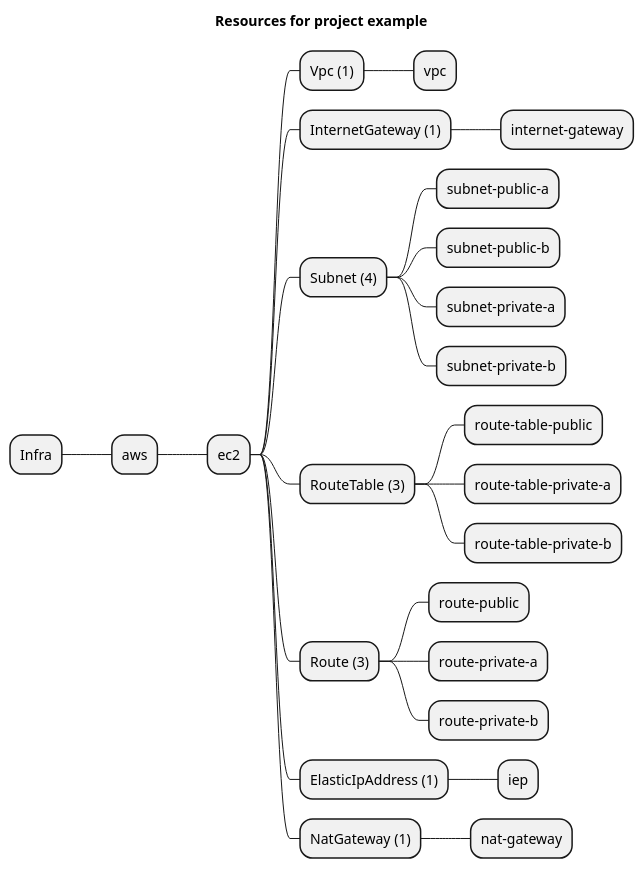
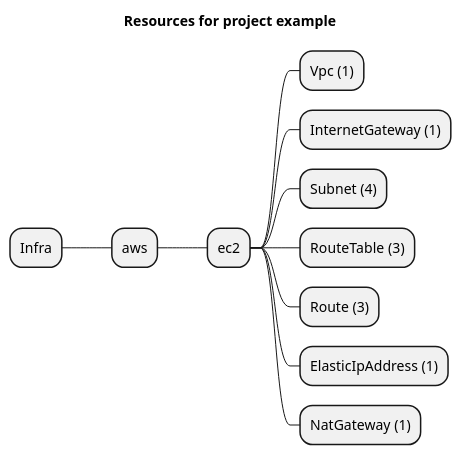
The diagram in packages/modules/aws/vpc/example/artifacts/resources-mindmap.puml (grucloud/grucloud), drawn with PlantUML before and after one commit. The commit also changed 33 other files, not shown here.

```diff
--- a/packages/modules/aws/vpc/example/artifacts/resources-mindmap.puml
+++ b/packages/modules/aws/vpc/example/artifacts/resources-mindmap.puml
@@ -1,28 +1,14 @@
 @startmindmap
 title Resources for project example
 skinparam monochrome true
 + Infra
 ++ aws
 +++ ec2
 ++++ Vpc (1)
-+++++ vpc
 ++++ InternetGateway (1)
-+++++ internet-gateway
 ++++ Subnet (4)
-+++++ subnet-public-a
-+++++ subnet-public-b
-+++++ subnet-private-a
-+++++ subnet-private-b
 ++++ RouteTable (3)
-+++++ route-table-public
-+++++ route-table-private-a
-+++++ route-table-private-b
 ++++ Route (3)
-+++++ route-public
-+++++ route-private-a
-+++++ route-private-b
 ++++ ElasticIpAddress (1)
-+++++ iep
 ++++ NatGateway (1)
-+++++ nat-gateway
 @endmindmap
```
